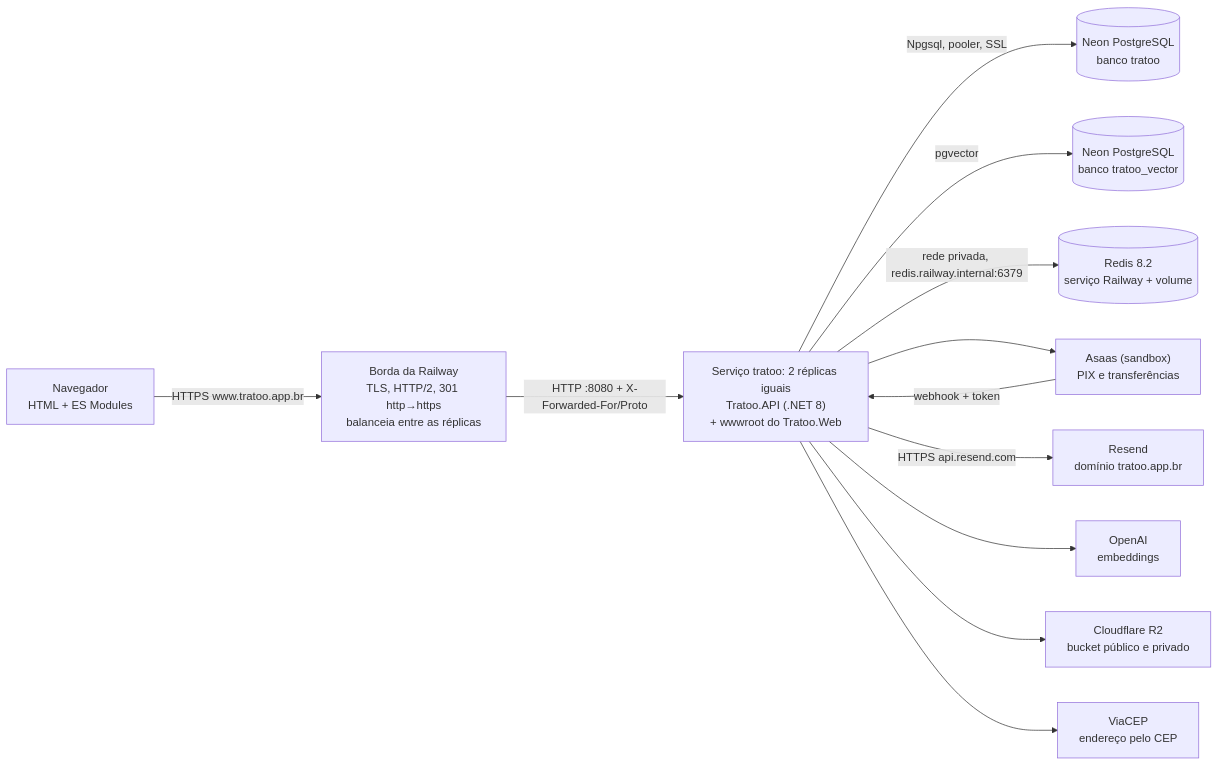
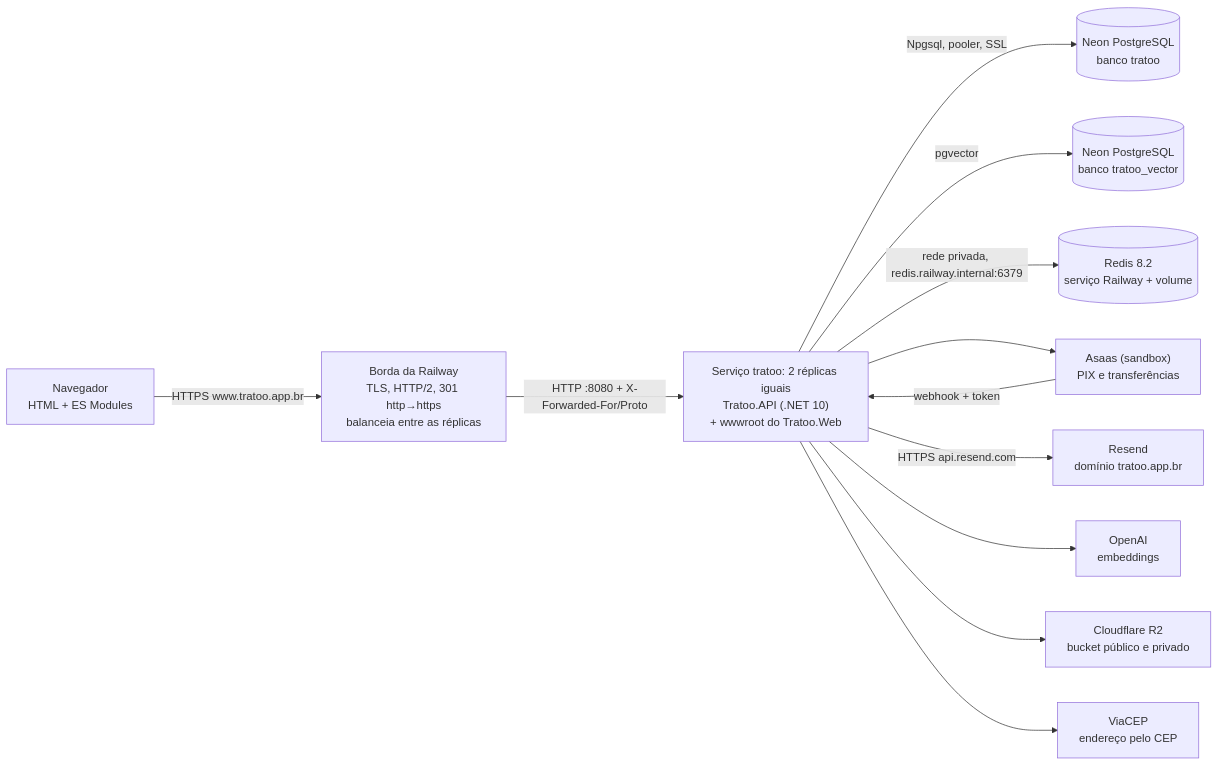
One commit to Gustavo-C-almeida/tratoo changed the first of 10 diagrams in Docs/ARQUITETURA.md. Above: the diagram before and after it, drawn with Mermaid. The commit also changed other lines of this file and 2 other files, not shown here.

First line of the commit message:
docs: .NET 10 na ARQUITETURA, no CICD e no README

````diff
--- a/Docs/ARQUITETURA.md
+++ b/Docs/ARQUITETURA.md
@@ -121,14 +121,14 @@
 ```mermaid
 flowchart LR
     U["Navegador<br/>HTML + ES Modules"] -->|"HTTPS www.tratoo.app.br"| E["Borda da Railway<br/>TLS, HTTP/2, 301 http→https<br/>balanceia entre as réplicas"]
-    E -->|"HTTP :8080 + X-Forwarded-For/Proto"| A["Serviço tratoo: 2 réplicas iguais<br/>Tratoo.API (.NET 8)<br/>+ wwwroot do Tratoo.Web"]
+    E -->|"HTTP :8080 + X-Forwarded-For/Proto"| A["Serviço tratoo: 2 réplicas iguais<br/>Tratoo.API (.NET 10)<br/>+ wwwroot do Tratoo.Web"]
     A -->|"Npgsql, pooler, SSL"| N1[("Neon PostgreSQL<br/>banco tratoo")]
     A -->|"pgvector"| N2[("Neon PostgreSQL<br/>banco tratoo_vector")]
     A -->|"rede privada, redis.railway.internal:6379"| R[("Redis 8.2<br/>serviço Railway + volume")]
     A --> AS["Asaas (sandbox)<br/>PIX e transferências"]
     AS -->|"webhook + token"| A
     A -->|"HTTPS api.resend.com"| RS["Resend<br/>domínio tratoo.app.br"]
     A --> OA["OpenAI<br/>embeddings"]
     A --> R2["Cloudflare R2<br/>bucket público e privado"]
     A --> BR["ViaCEP<br/>endereço pelo CEP"]
 ```
````
